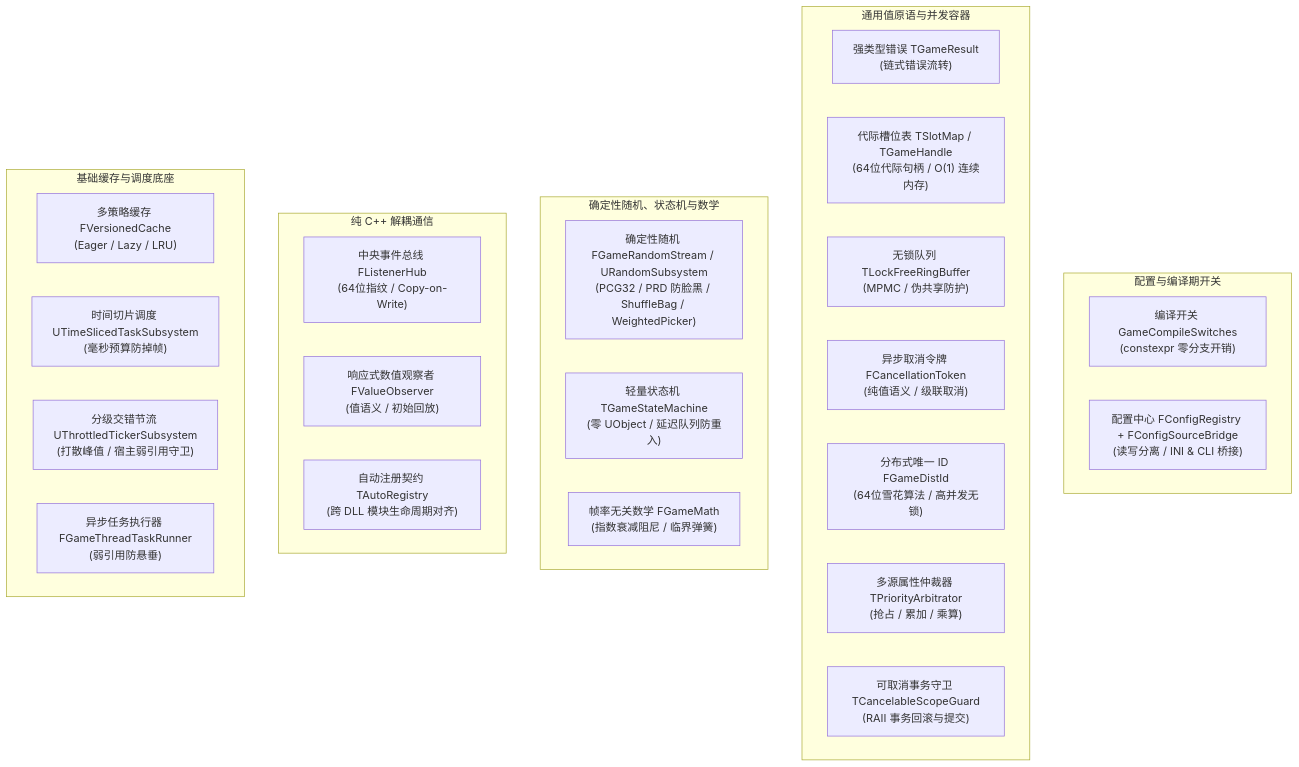
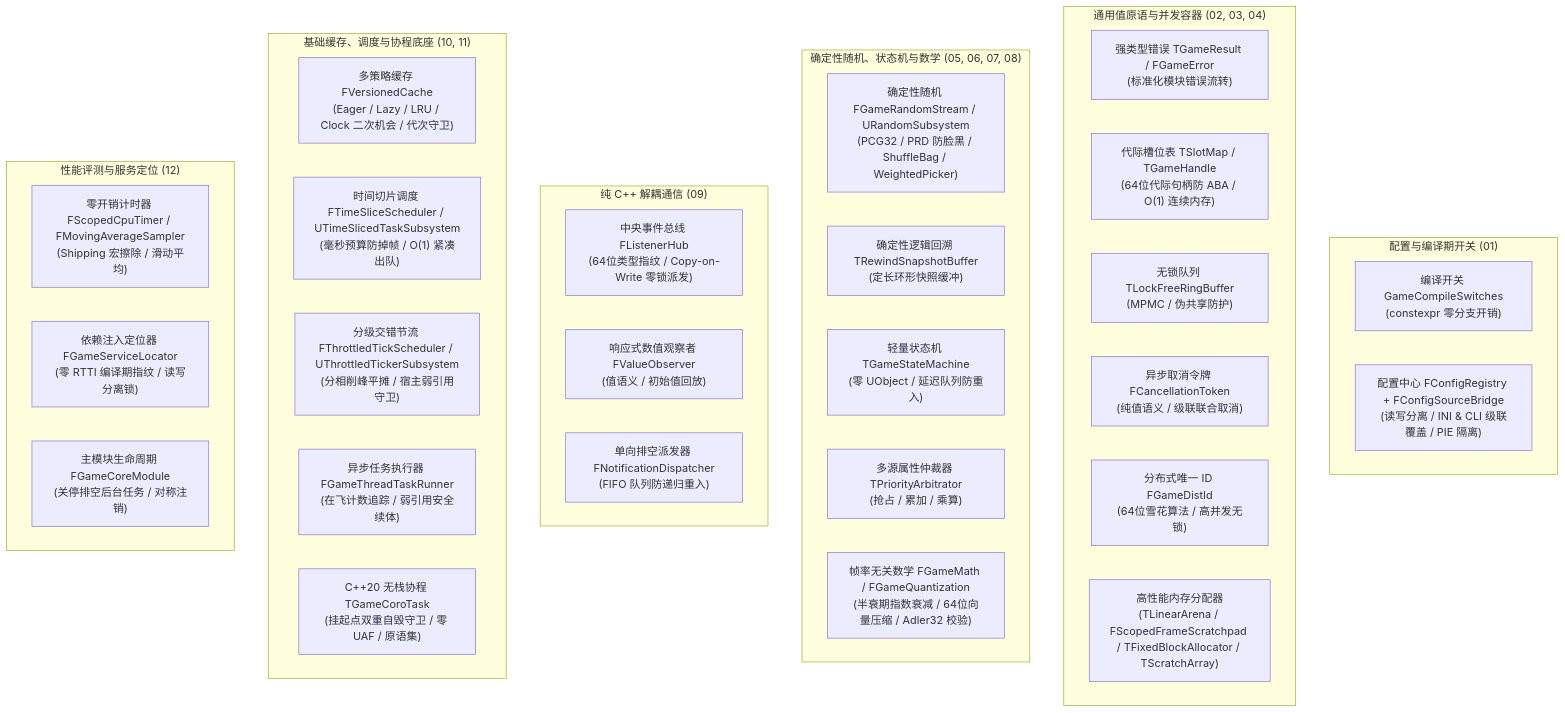
The diagram in Plugins/GameCore/README.md (YIice-cwj/ue5-toolkit), drawn with Mermaid before and after one commit. The commit also changed other lines of this file and 122 other files, not shown here.

````diff
--- a/Plugins/GameCore/README.md
+++ b/Plugins/GameCore/README.md
@@ -9,36 +9,44 @@
 ```mermaid
 graph TD
-    subgraph Config["配置与编译期开关"]
+    subgraph Config["配置与编译期开关 (01)"]
         Switches["编译开关 GameCompileSwitches<br>(constexpr 零分支开销)"]
-        ConfigReg["配置中心 FConfigRegistry + FConfigSourceBridge<br>(读写分离 / INI & CLI 桥接)"]
+        ConfigReg["配置中心 FConfigRegistry + FConfigSourceBridge<br>(读写分离 / INI & CLI 级联覆盖 / PIE 隔离)"]
     end
 
-    subgraph Primitives["通用值原语与并发容器"]
-        Results["强类型错误 TGameResult<br>(链式错误流转)"]
-        SlotMap["代际槽位表 TSlotMap / TGameHandle<br>(64位代际句柄 / O(1) 连续内存)"]
+    subgraph Primitives["通用值原语与并发容器 (02, 03, 04)"]
+        Results["强类型错误 TGameResult / FGameError<br>(标准化模块错误流转)"]
+        SlotMap["代际槽位表 TSlotMap / TGameHandle<br>(64位代际句柄防 ABA / O(1) 连续内存)"]
         RingBuffer["无锁队列 TLockFreeRingBuffer<br>(MPMC / 伪共享防护)"]
-        Token["异步取消令牌 FCancellationToken<br>(纯值语义 / 级联取消)"]
+        Token["异步取消令牌 FCancellationToken<br>(纯值语义 / 级联联合取消)"]
         DistId["分布式唯一 ID FGameDistId<br>(64位雪花算法 / 高并发无锁)"]
-        Arbitrator["多源属性仲裁器 TPriorityArbitrator<br>(抢占 / 累加 / 乘算)"]
-        ScopeGuard["可取消事务守卫 TCancelableScopeGuard<br>(RAII 事务回滚与提交)"]
+        MemoryPool["高性能内存分配器<br>(TLinearArena / FScopedFrameScratchpad / TFixedBlockAllocator / TScratchArray)"]
     end
 
-    subgraph Determinism["确定性随机、状态机与数学"]
+    subgraph Determinism["确定性随机、状态机与数学 (05, 06, 07, 08)"]
         Rng["确定性随机 FGameRandomStream / URandomSubsystem<br>(PCG32 / PRD 防脸黑 / ShuffleBag / WeightedPicker)"]
+        Rewind["确定性逻辑回溯 TRewindSnapshotBuffer<br>(定长环形快照缓冲)"]
         FSM["轻量状态机 TGameStateMachine<br>(零 UObject / 延迟队列防重入)"]
-        Math["帧率无关数学 FGameMath<br>(指数衰减阻尼 / 临界弹簧)"]
+        Arbitrator["多源属性仲裁器 TPriorityArbitrator<br>(抢占 / 累加 / 乘算)"]
+        Math["帧率无关数学 FGameMath / FGameQuantization<br>(半衰期指数衰减 / 64位向量压缩 / Adler32 校验)"]
     end
 
-    subgraph Messaging["纯 C++ 解耦通信"]
-        ListenerHub["中央事件总线 FListenerHub<br>(64位指纹 / Copy-on-Write)"]
-        ValueObs["响应式数值观察者 FValueObserver<br>(值语义 / 初始回放)"]
-        AutoReg["自动注册契约 TAutoRegistry<br>(跨 DLL 模块生命周期对齐)"]
+    subgraph Messaging["纯 C++ 解耦通信 (09)"]
+        ListenerHub["中央事件总线 FListenerHub<br>(64位类型指纹 / Copy-on-Write 零锁派发)"]
+        ValueObs["响应式数值观察者 FValueObserver<br>(值语义 / 初始值回放)"]
+        Dispatcher["单向排空派发器 FNotificationDispatcher<br>(FIFO 队列防递归重入)"]
     end
 
-    subgraph Runtime["基础缓存与调度底座"]
-        VersionedCache["多策略缓存 FVersionedCache<br>(Eager / Lazy / LRU)"]
-        TimeSlice["时间切片调度 UTimeSlicedTaskSubsystem<br>(毫秒预算防掉帧)"]
-        ThrottledTicker["分级交错节流 UThrottledTickerSubsystem<br>(打散峰值 / 宿主弱引用守卫)"]
-        TaskRunner["异步任务执行器 FGameThreadTaskRunner<br>(弱引用防悬垂)"]
+    subgraph Runtime["基础缓存、调度与协程底座 (10, 11)"]
+        VersionedCache["多策略缓存 FVersionedCache<br>(Eager / Lazy / LRU / Clock 二次机会 / 代次守卫)"]
+        TimeSlice["时间切片调度 FTimeSliceScheduler / UTimeSlicedTaskSubsystem<br>(毫秒预算防掉帧 / O(1) 紧凑出队)"]
+        ThrottledTicker["分级交错节流 FThrottledTickScheduler / UThrottledTickerSubsystem<br>(分相削峰平摊 / 宿主弱引用守卫)"]
+        TaskRunner["异步任务执行器 FGameThreadTaskRunner<br>(在飞计数追踪 / 弱引用安全续体)"]
+        Coro["C++20 无栈协程 TGameCoroTask<br>(挂起点双重自毁守卫 / 零 UAF / 原语集)"]
+    end
+
+    subgraph Diagnostics["性能评测与服务定位 (12)"]
+        Timer["零开销计时器 FScopedCpuTimer / FMovingAverageSampler<br>(Shipping 宏擦除 / 滑动平均)"]
+        Locator["依赖注入定位器 FGameServiceLocator<br>(零 RTTI 编译期指纹 / 读写分离锁)"]
+        ModuleLife["主模块生命周期 FGameCoreModule<br>(关停排空后台任务 / 对称注销)"]
     end
 ```
````
